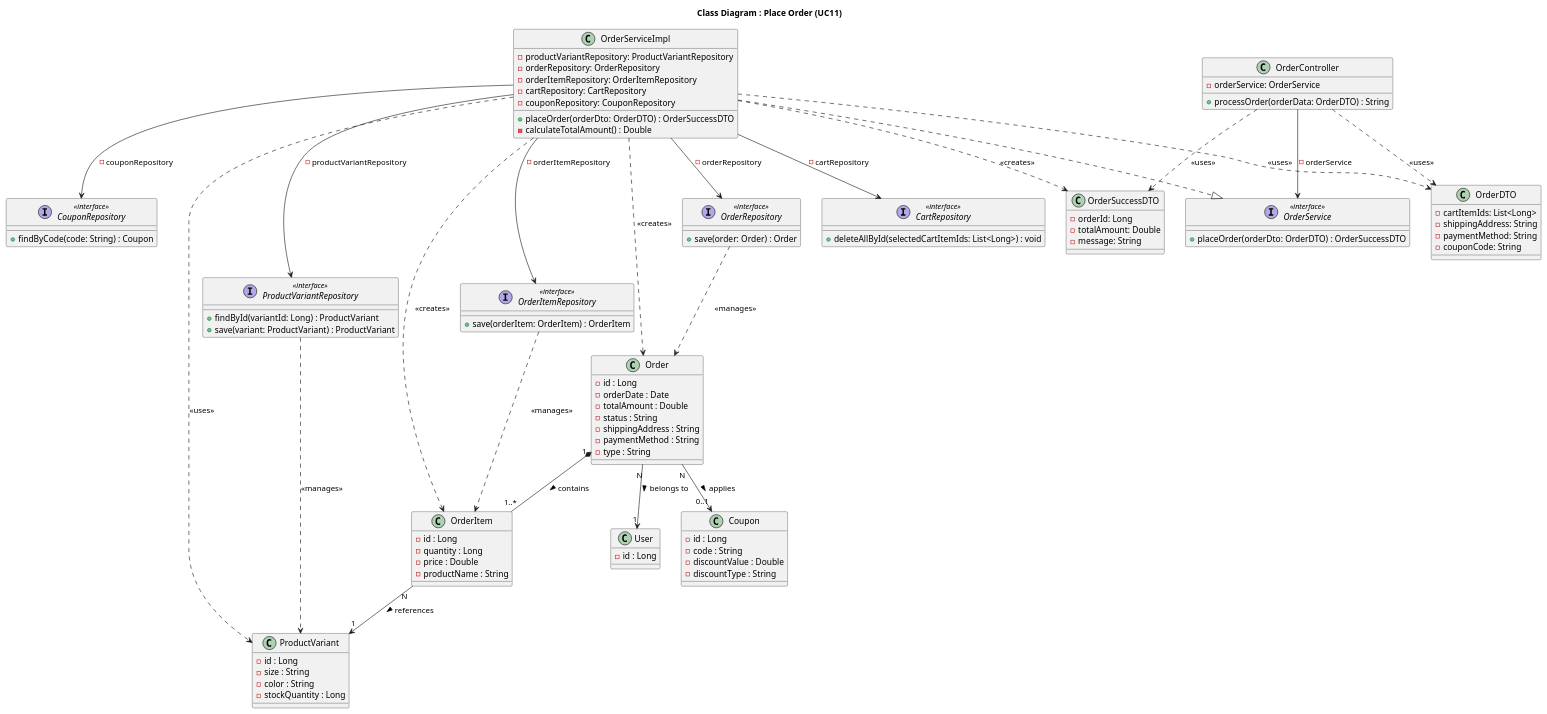
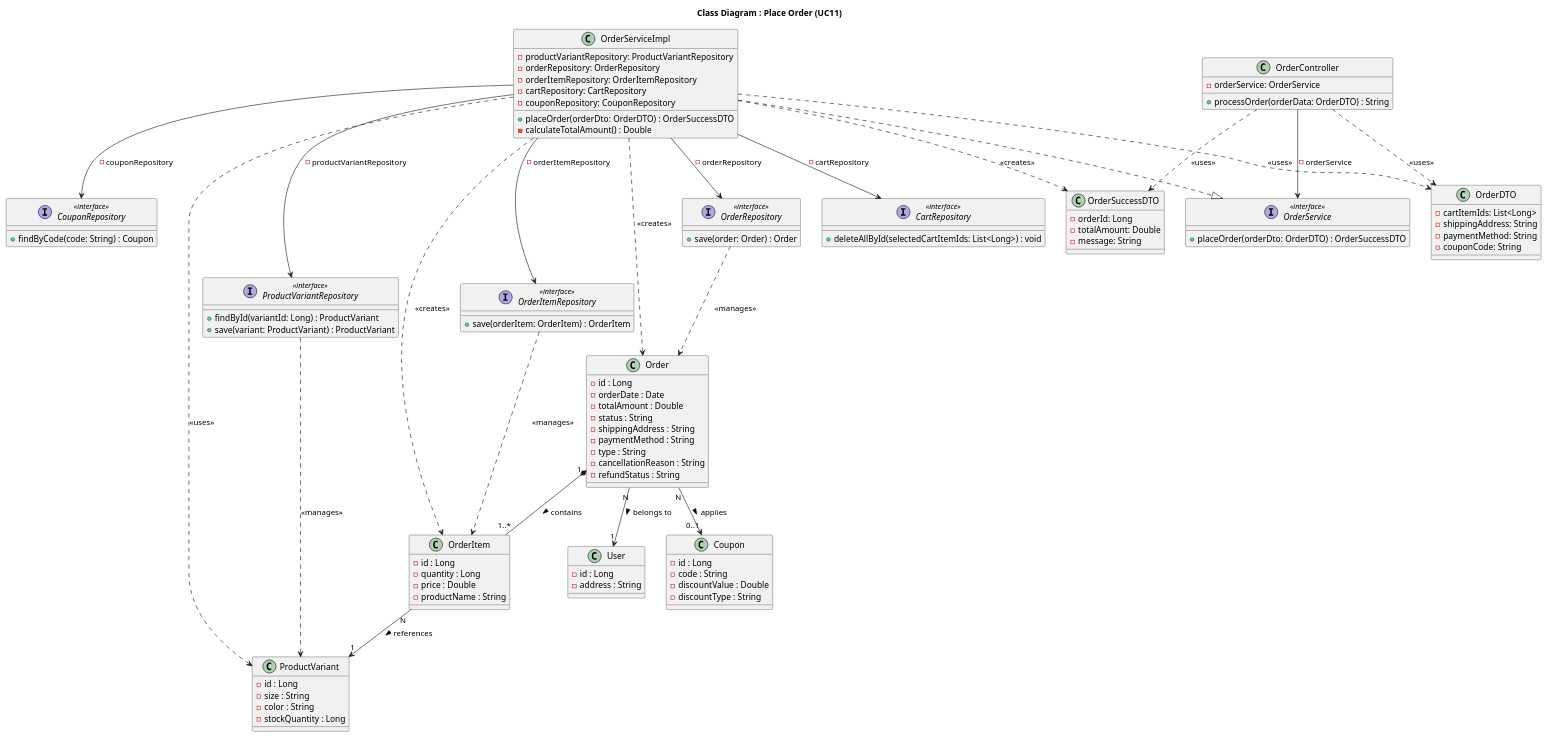
Before and after one commit to Peterdir/fashion-store-system: the diagram in src/main/java/org/example/fashionstoresystem/uml/Class/CD11_PlaceOrder.puml, drawn with PlantUML. The commit also changed 10 other files, not shown here.

Commit message:
Update Entity and Diagram

```diff
--- a/src/main/java/org/example/fashionstoresystem/uml/Class/CD11_PlaceOrder.puml
+++ b/src/main/java/org/example/fashionstoresystem/uml/Class/CD11_PlaceOrder.puml
@@ -1,129 +1,132 @@
 @startuml
 title Class Diagram : Place Order (UC11)
 
 ' Controller
 class OrderController {
     - orderService: OrderService
     + processOrder(orderData: OrderDTO) : String
 }
 
 ' Service
 
 interface OrderService <<interface>>{
     + placeOrder(orderDto: OrderDTO) : OrderSuccessDTO
 }
 
 class OrderServiceImpl {
     + placeOrder(orderDto: OrderDTO) : OrderSuccessDTO
     - calculateTotalAmount() : Double
     - productVariantRepository: ProductVariantRepository
     - orderRepository: OrderRepository
     - orderItemRepository: OrderItemRepository
     - cartRepository: CartRepository
     - couponRepository: CouponRepository
 }
 
 ' Repository
 interface ProductVariantRepository <<interface>> {
     + findById(variantId: Long) : ProductVariant
     + save(variant: ProductVariant) : ProductVariant
 }
 
 interface OrderRepository <<interface>> {
     + save(order: Order) : Order
 }
 
 interface OrderItemRepository <<interface>> {
     + save(orderItem: OrderItem) : OrderItem
 }
 
 interface CartRepository <<interface>> {
     + deleteAllById(selectedCartItemIds: List<Long>) : void
 }
 
 interface CouponRepository <<interface>> {
     + findByCode(code: String) : Coupon
 }
 
 ' Entity & DTO
 class OrderDTO {
     - cartItemIds: List<Long>
     - shippingAddress: String
     - paymentMethod: String
     - couponCode: String
 }
 
 class OrderSuccessDTO {
     - orderId: Long
     - totalAmount: Double
     - message: String
 }
 
 class Order {
     - id : Long
     - orderDate : Date
     - totalAmount : Double
     - status : String
     - shippingAddress : String
     - paymentMethod : String
     - type : String
+    - cancellationReason : String
+    - refundStatus : String
 }
 
 class OrderItem {
     - id : Long
     - quantity : Long
     - price : Double
     - productName : String
 }
 
 class ProductVariant {
     - id : Long
     - size : String
     - color : String
     - stockQuantity : Long
 }
 
 class Coupon {
     - id : Long
     - code : String
     - discountValue : Double
     - discountType : String
 }
 
 class User {
     - id : Long
+    - address : String
 }
 
 ' Relationships
 
 Order "1" *-- "1..*" OrderItem : contains >
 Order "N" --> "1" User : belongs to >
 Order "N" --> "0..1" Coupon : applies >
 OrderItem "N" --> "1" ProductVariant : references >
 
 ' Class implement Interface
 OrderServiceImpl ..|> OrderService
 
 ' Dependency Injection
 OrderController --> OrderService: - orderService
 OrderServiceImpl --> ProductVariantRepository: - productVariantRepository
 OrderServiceImpl --> OrderRepository: - orderRepository
 OrderServiceImpl --> OrderItemRepository: - orderItemRepository
 OrderServiceImpl --> CartRepository: - cartRepository
 OrderServiceImpl --> CouponRepository: - couponRepository
 
 ' Object Usage
 OrderController ..> OrderDTO : <<uses>>
 OrderController ..> OrderSuccessDTO : <<uses>>
 OrderServiceImpl ..> OrderDTO : <<uses>>
 OrderServiceImpl ..> OrderSuccessDTO : <<creates>>
 
 OrderRepository ..> Order : <<manages>>
 OrderServiceImpl ..> Order : <<creates>>
 
 ProductVariantRepository ..> ProductVariant : <<manages>>
 OrderServiceImpl ..> ProductVariant : <<uses>>
 
 OrderItemRepository ..> OrderItem : <<manages>>
 OrderServiceImpl ..> OrderItem : <<creates>>
 @enduml
```
